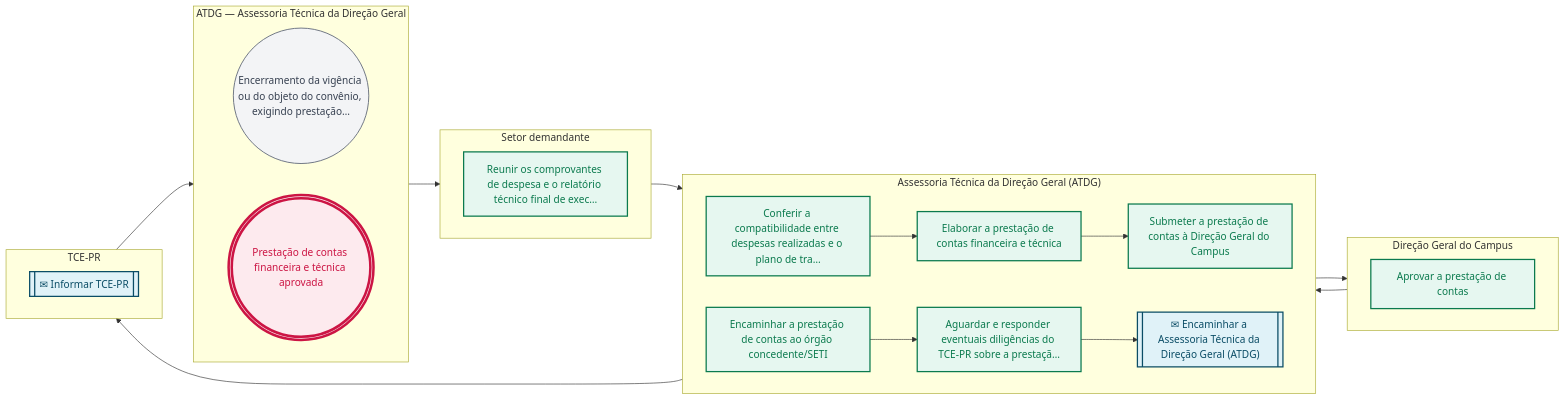
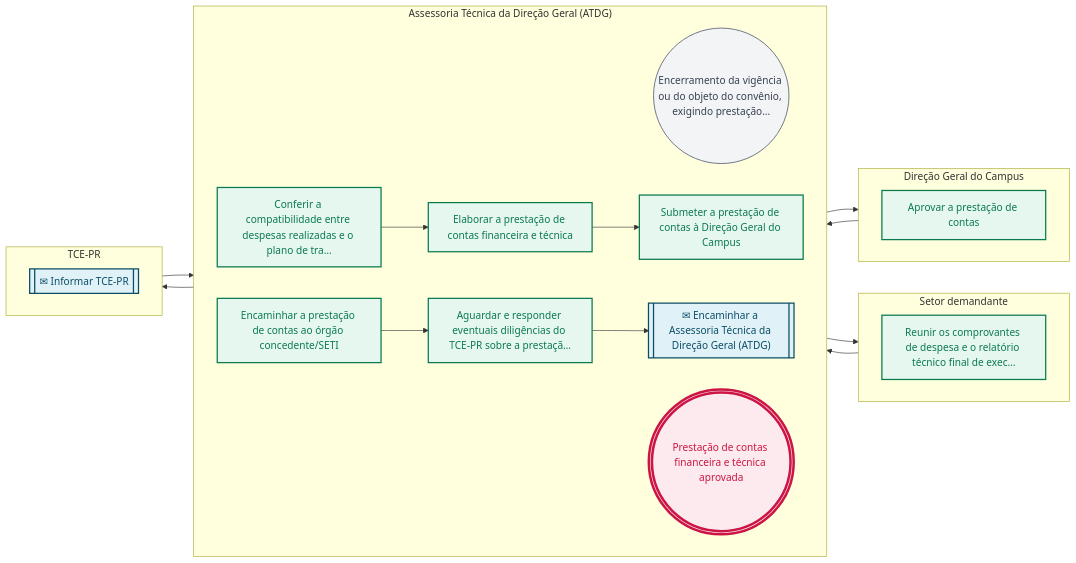
One commit to jessefers/canvas-vivo-atdg changed the second of 2 diagrams in pops/CON/CON-04.md. Above: the diagram before and after it, drawn with Mermaid. The commit also changed other lines of this file and 107 other files, not shown here.

````diff
--- a/pops/CON/CON-04.md
+++ b/pops/CON/CON-04.md
@@ -150,49 +150,46 @@
 ```mermaid
 flowchart LR
-  subgraph R1["ATDG — Assessoria Técnica da Direção Geral"]
+  subgraph R1["Assessoria Técnica da Direção Geral (ATDG)"]
     direction LR
     e1(("Encerramento da vigência ou do objeto do convênio, exigindo prestação…"))
+    e3["Conferir a compatibilidade entre despesas realizadas e o plano de tra…"]
+    e4["Elaborar a prestação de contas financeira e técnica"]
+    e5["Submeter a prestação de contas à Direção Geral do Campus"]
+    e7["Encaminhar a prestação de contas ao órgão concedente/SETI"]
+    e8["Aguardar e responder eventuais diligências do TCE-PR sobre a prestaçã…"]
+    e9[["✉ Encaminhar a Assessoria Técnica da Direção Geral (ATDG)"]]
     e11((("Prestação de contas financeira e técnica aprovada")))
   end
   subgraph R2["Setor demandante"]
     direction LR
     e2["Reunir os comprovantes de despesa e o relatório técnico final de exec…"]
   end
-  subgraph R3["Assessoria Técnica da Direção Geral (ATDG)"]
-    direction LR
-    e3["Conferir a compatibilidade entre despesas realizadas e o plano de tra…"]
-    e4["Elaborar a prestação de contas financeira e técnica"]
-    e5["Submeter a prestação de contas à Direção Geral do Campus"]
-    e7["Encaminhar a prestação de contas ao órgão concedente/SETI"]
-    e8["Aguardar e responder eventuais diligências do TCE-PR sobre a prestaçã…"]
-    e9[["✉ Encaminhar a Assessoria Técnica da Direção Geral (ATDG)"]]
-  end
-  subgraph R4["Direção Geral do Campus"]
+  subgraph R3["Direção Geral do Campus"]
     direction LR
     e6["Aprovar a prestação de contas"]
   end
-  subgraph R5["TCE-PR"]
+  subgraph R4["TCE-PR"]
     direction LR
     e10[["✉ Informar TCE-PR"]]
   end
   e1 --> e2
   e2 --> e3
   e3 --> e4
   e4 --> e5
   e5 --> e6
   e6 --> e7
   e7 --> e8
   e8 --> e9
   e9 --> e10
   e10 --> e11
   classDef inicio fill:#f3f4f6,stroke:#6b7280,stroke-width:1.5px,color:#374151
   classDef atividade fill:#E6F7F0,stroke:#0B7A4E,stroke-width:2px,color:#0B7A4E
   classDef decisao fill:#FFF4ED,stroke:#C9783A,stroke-width:2px,color:#C9783A
   classDef fim fill:#FDEAEE,stroke:#CC1544,stroke-width:4px,color:#CC1544
   classDef pausa fill:#FDEAEE,stroke:#CC1544,stroke-width:2px,color:#CC1544
   classDef captura fill:#E0F2F8,stroke:#0B4D66,stroke-width:2px,color:#0B4D66
   class e1 inicio
   class e2,e3,e4,e5,e6,e7,e8 atividade
   class e9,e10 captura
   class e11 fim
 ```
````
